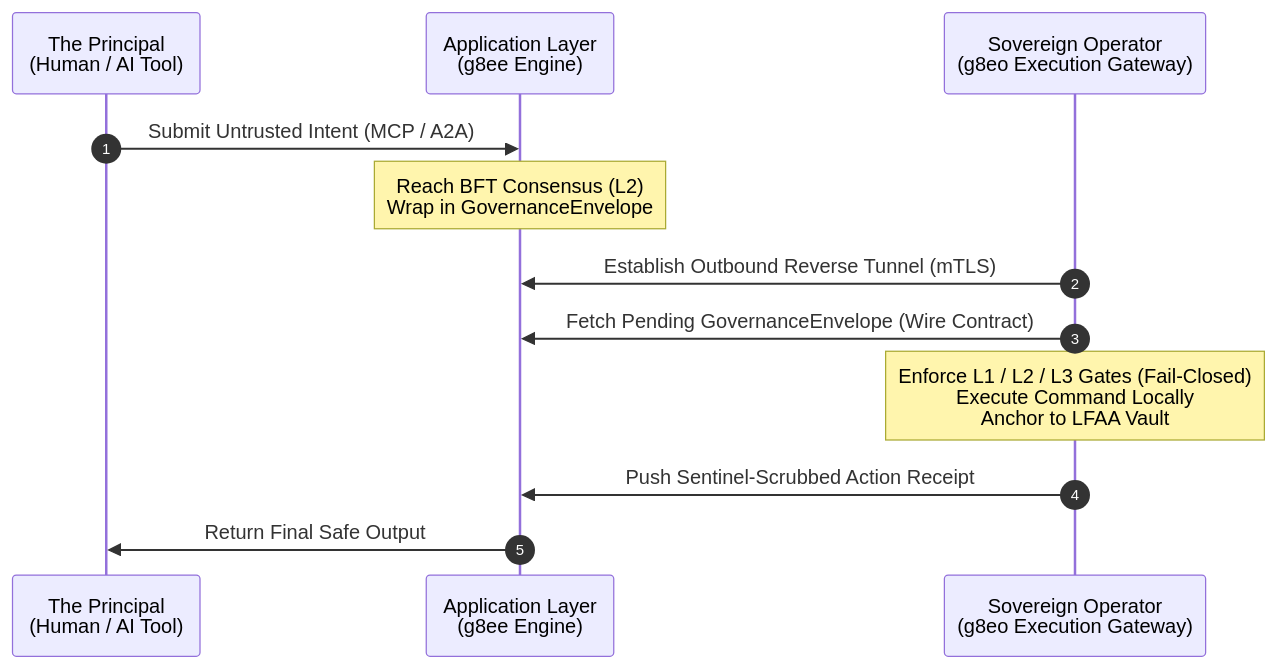
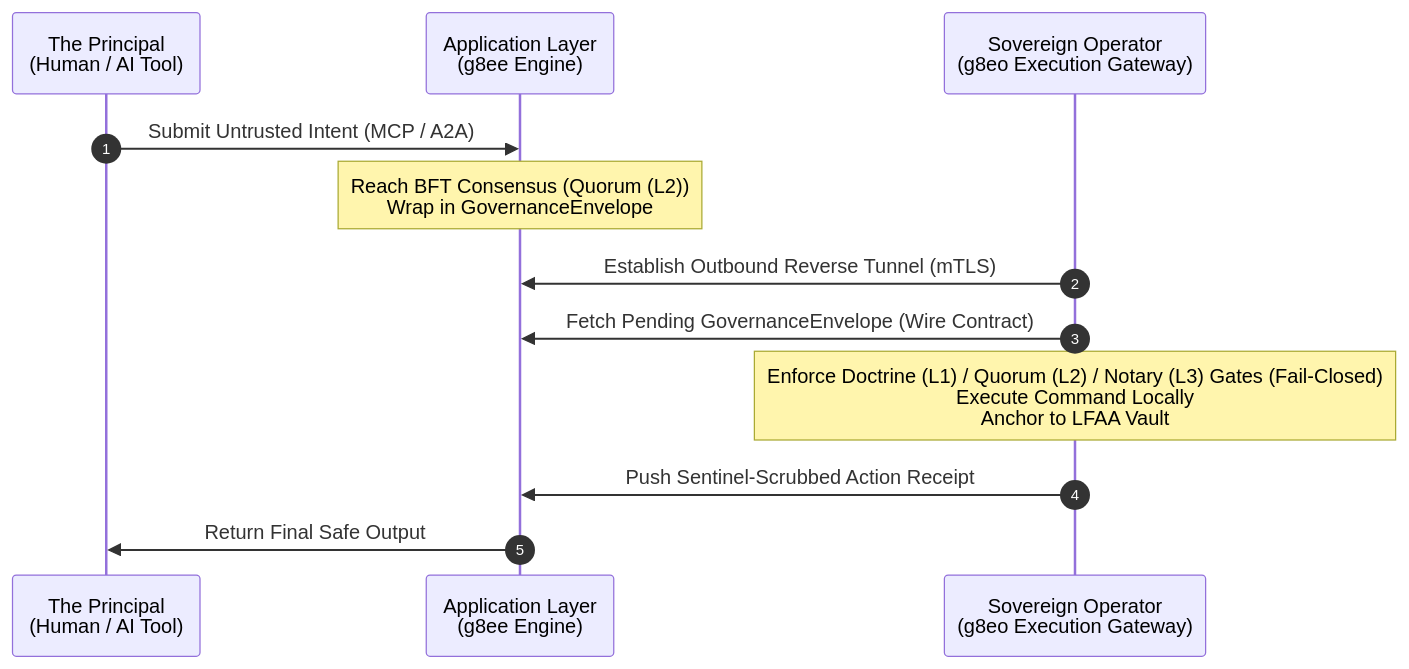
Before and after one commit to g8e-ai/g8e: the first of 3 diagrams in README.md, drawn with Mermaid. The commit also changed other lines of this file and 65 other files, not shown here.

````diff
--- a/README.md
+++ b/README.md
@@ -21,24 +21,24 @@
 ```mermaid
 sequenceDiagram
     autonumber
     
     participant Principal as The Principal<br/>(Human / AI Tool)
     participant Engine as Application Layer<br/>(g8ee Engine)
     participant Operator as Sovereign Operator<br/>(g8eo Execution Gateway)
 
     %% Intent Generation (External to Operator)
     Principal->>Engine: Submit Untrusted Intent (MCP / A2A)
-    Note over Engine: Reach BFT Consensus (L2)<br/>Wrap in GovernanceEnvelope
+    Note over Engine: Reach BFT Consensus (Quorum (L2))<br/>Wrap in GovernanceEnvelope
     
     %% Operator Outbound-Only Interaction
     Operator->>Engine: Establish Outbound Reverse Tunnel (mTLS)
     Operator->>Engine: Fetch Pending GovernanceEnvelope (Wire Contract)
     
-    Note over Operator: Enforce L1 / L2 / L3 Gates (Fail-Closed)<br/>Execute Command Locally<br/>Anchor to LFAA Vault
+    Note over Operator: Enforce Doctrine (L1) / Quorum (L2) / Notary (L3) Gates (Fail-Closed)<br/>Execute Command Locally<br/>Anchor to LFAA Vault
     
     Operator->>Engine: Push Sentinel-Scrubbed Action Receipt
     
     %% Return to Principal
     Engine->>Principal: Return Final Safe Output
 
 ```
````
